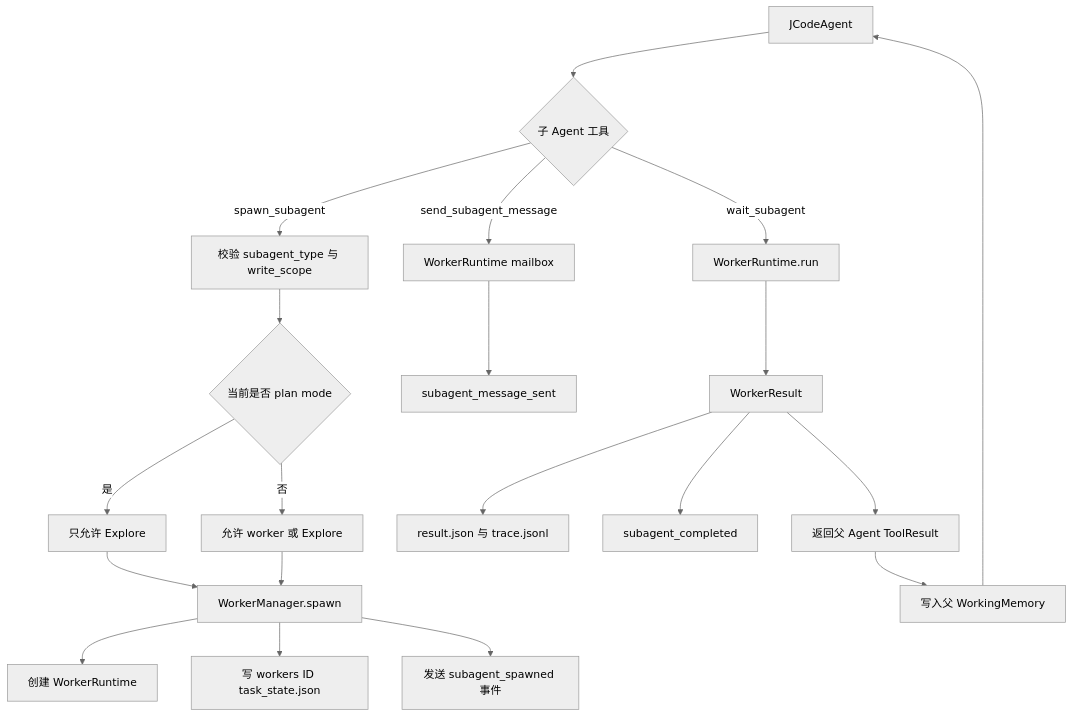
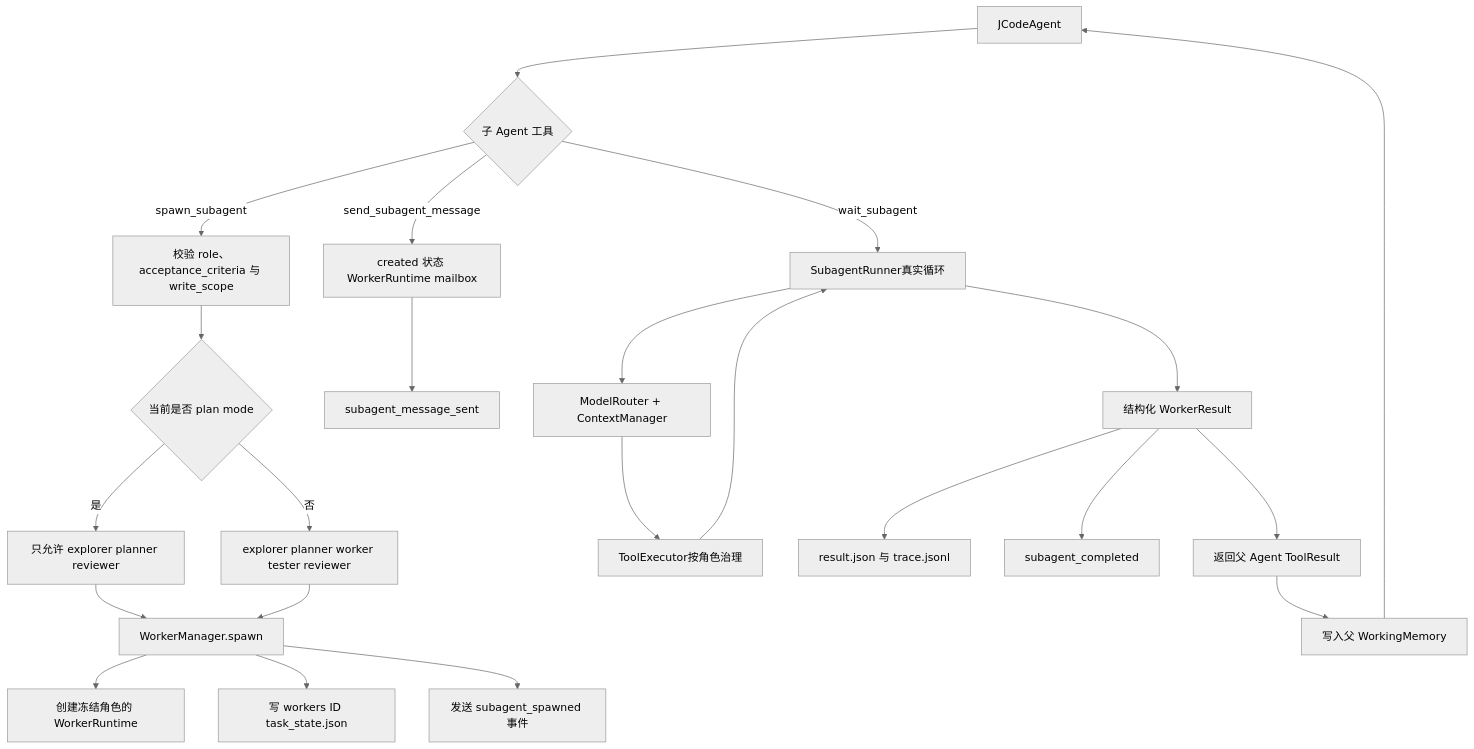
One commit to jjt998/jcode changed the sixth of 8 diagrams in docs/JCode项目完整链路.md. Above: the diagram before and after it, drawn with Mermaid (neutral theme). The commit also changed other lines of this file and 19 other files, not shown here.

````diff
--- a/docs/JCode项目完整链路.md
+++ b/docs/JCode项目完整链路.md
@@ -228,23 +228,26 @@
 ```mermaid
 flowchart TD
     Parent[JCodeAgent] --> Tool{子 Agent 工具}
-    Tool -->|spawn_subagent| Validate[校验 subagent_type 与 write_scope]
+    Tool -->|spawn_subagent| Validate[校验 role、acceptance_criteria 与 write_scope]
     Validate --> Mode{当前是否 plan mode}
-    Mode -->|是| ExploreOnly[只允许 Explore]
-    Mode -->|否| WorkerOrExplore[允许 worker 或 Explore]
-    ExploreOnly --> Manager[WorkerManager.spawn]
-    WorkerOrExplore --> Manager
-    Manager --> Runtime[创建 WorkerRuntime]
+    Mode -->|是| ReadOnlyRoles[只允许 explorer planner reviewer]
+    Mode -->|否| Roles[explorer planner worker tester reviewer]
+    ReadOnlyRoles --> Manager[WorkerManager.spawn]
+    Roles --> Manager
+    Manager --> Runtime[创建冻结角色的 WorkerRuntime]
     Manager --> TaskFile[写 workers ID task_state.json]
     Manager --> SpawnEvent[发送 subagent_spawned 事件]
 
-    Tool -->|send_subagent_message| Mailbox[WorkerRuntime mailbox]
+    Tool -->|send_subagent_message| Mailbox[created 状态 WorkerRuntime mailbox]
     Mailbox --> MessageEvent[subagent_message_sent]
-    Tool -->|wait_subagent| RunWorker[WorkerRuntime.run]
-    RunWorker --> Result[WorkerResult]
+    Tool -->|wait_subagent| RunWorker[SubagentRunner真实循环]
+    RunWorker --> Provider[ModelRouter + ContextManager]
+    Provider --> ToolExecutor[ToolExecutor按角色治理]
+    ToolExecutor --> RunWorker
+    RunWorker --> Result[结构化 WorkerResult]
     Result --> ResultFile[result.json 与 trace.jsonl]
     Result --> CompletedEvent[subagent_completed]
     Result --> ToolResult[返回父 Agent ToolResult]
     ToolResult --> ParentMemory[写入父 WorkingMemory]
     ParentMemory --> Parent
 ```
````
